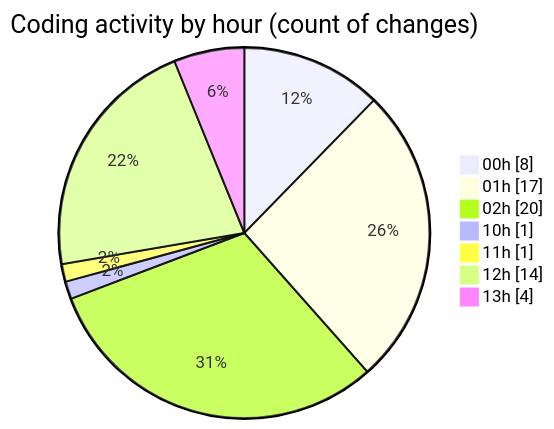
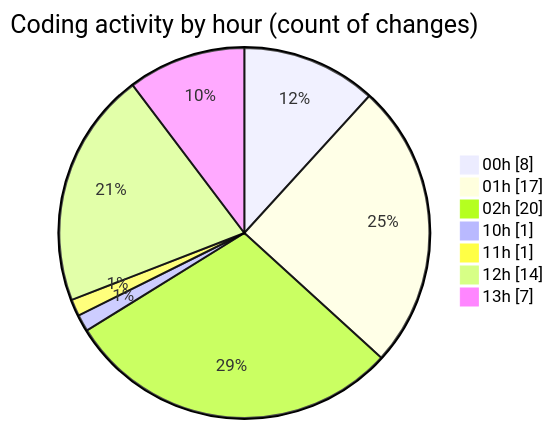
The second of 2 diagrams in 2025-05-02/niten/README.md (Elitesun/code-tracking), drawn with Mermaid before and after one commit. The commit also changed other lines of this file and 1 other file, not shown here.

````diff
--- a/2025-05-02/niten/README.md
+++ b/2025-05-02/niten/README.md
@@ -52,11 +53,11 @@
 ```mermaid
 pie showData
 title Coding activity by hour (count of changes)
 "00h" : 8
 "01h" : 17
 "02h" : 20
 "10h" : 1
 "11h" : 1
 "12h" : 14
-"13h" : 4
+"13h" : 7
 ```
````
